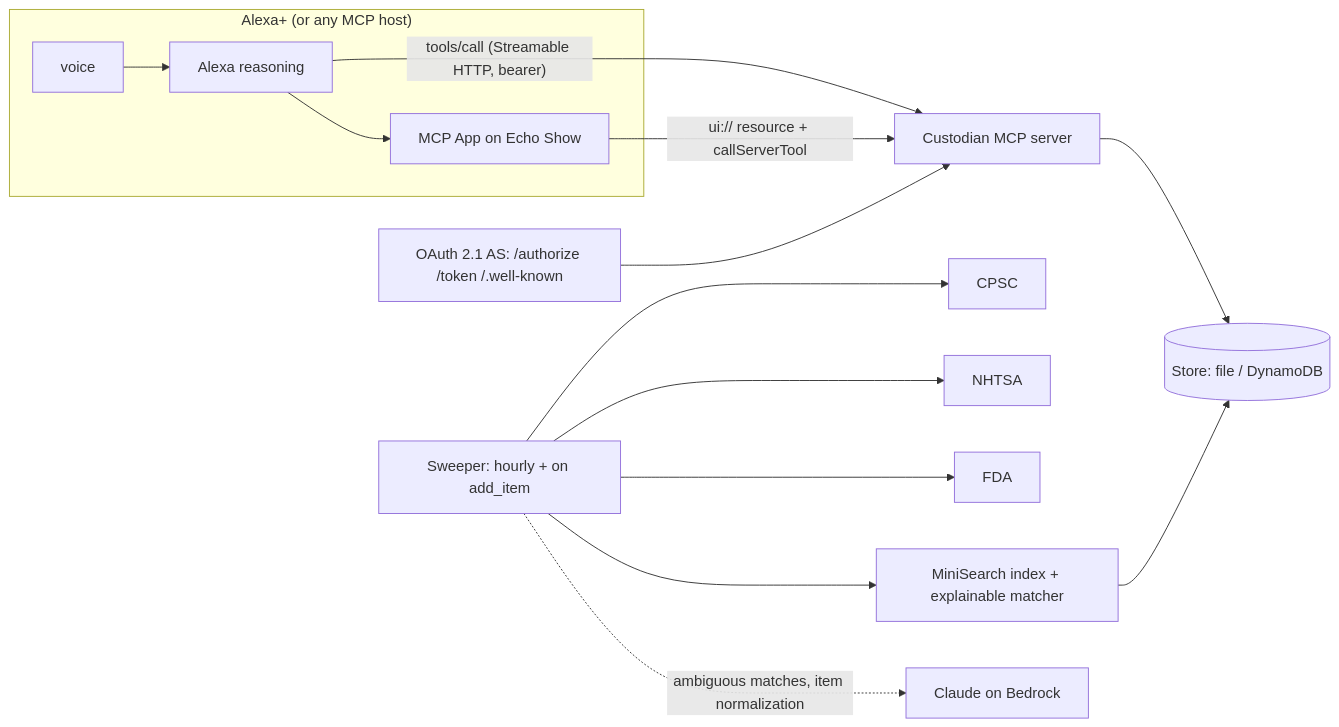
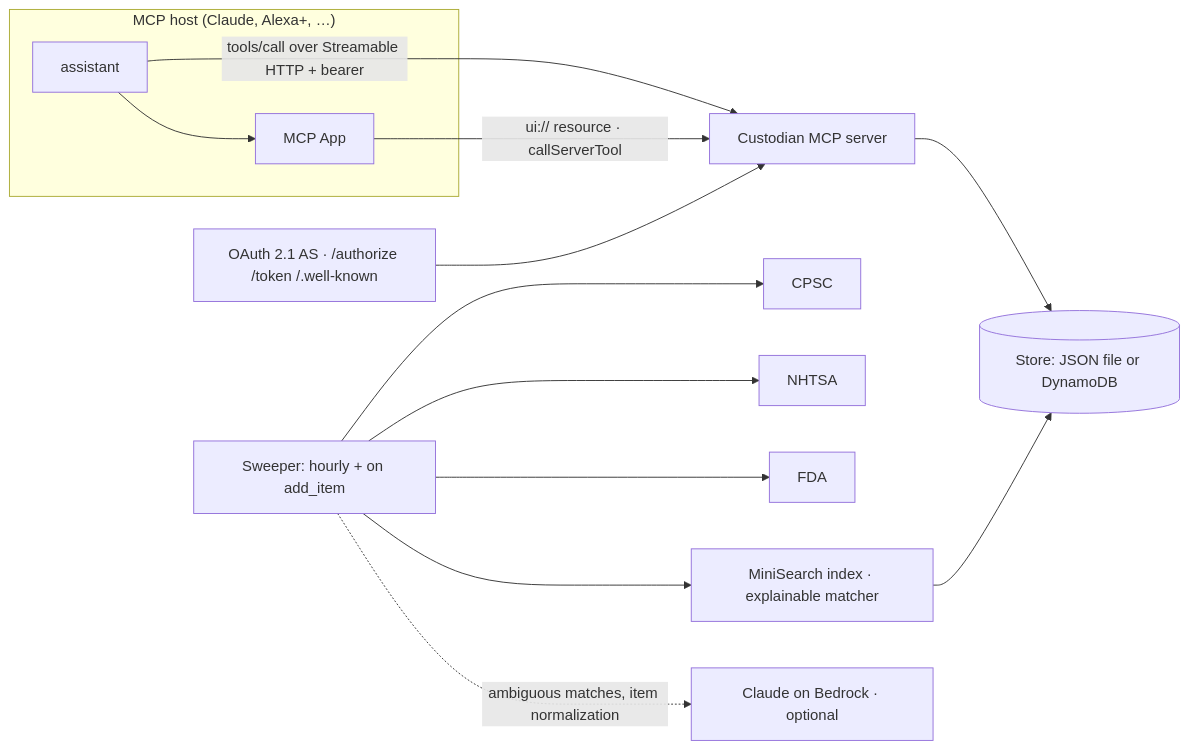
One commit to happyc0der/custodian changed the diagram in README.md. Above: the diagram before and after it, drawn with Mermaid. The commit also changed other lines of this file and 94 other files, not shown here.

````diff
--- a/README.md
+++ b/README.md
@@ -54,15 +52,14 @@
 ```mermaid
 flowchart LR
-  subgraph Alexa["Alexa+ (or any MCP host)"]
-    V[voice] --> LLM[Alexa reasoning]
-    LLM --> UI[MCP App on Echo Show]
+  subgraph Host["MCP host (Claude, Alexa+, …)"]
+    LLM[assistant] --> UI[MCP App]
   end
-  LLM -- "tools/call (Streamable HTTP, bearer)" --> S[Custodian MCP server]
-  UI -- "ui:// resource + callServerTool" --> S
-  S --> ST[(Store: file / DynamoDB)]
+  LLM -- "tools/call over Streamable HTTP + bearer" --> S[Custodian MCP server]
+  UI -- "ui:// resource · callServerTool" --> S
+  S --> ST[(Store: JSON file or DynamoDB)]
   SW[Sweeper: hourly + on add_item] --> CPSC & NHTSA & FDA
-  SW --> IDX[MiniSearch index + explainable matcher]
+  SW --> IDX[MiniSearch index · explainable matcher]
   IDX --> ST
-  SW -. "ambiguous matches, item normalization" .-> BR[Claude on Bedrock]
-  AS[OAuth 2.1 AS: /authorize /token /.well-known] --> S
+  SW -. "ambiguous matches, item normalization" .-> BR[Claude on Bedrock · optional]
+  AS[OAuth 2.1 AS · /authorize /token /.well-known] --> S
 ```
````
